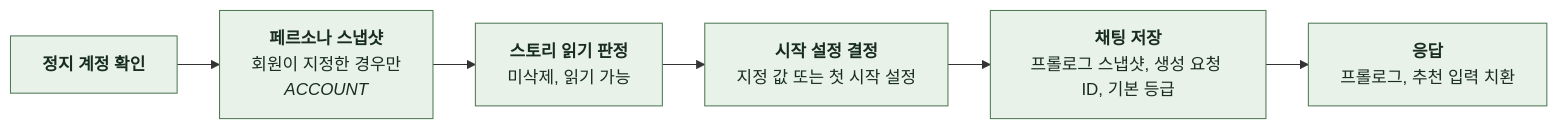
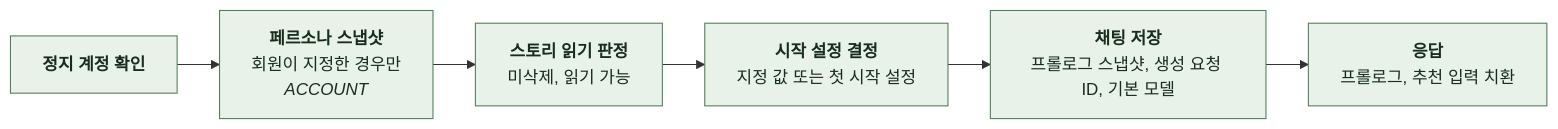
One commit to KIM-N-KANG/knk-harness changed the first of 15 diagrams in docs/domain/CHAT/BACKEND/4-1-PIPELINES.md. Above: the diagram before and after it, drawn with Mermaid. The commit also changed other lines of this file and 24 other files, not shown here.

````diff
--- a/docs/domain/CHAT/BACKEND/4-1-PIPELINES.md
+++ b/docs/domain/CHAT/BACKEND/4-1-PIPELINES.md
@@ -57,17 +57,17 @@
 ```mermaid
 %%{init: {"flowchart": {"curve": "basis", "nodeSpacing": 24, "rankSpacing": 40}}}%%
 flowchart LR
     A["`**정지 계정 확인**`"] --> B["`**페르소나 스냅샷**
 회원이 지정한 경우만
 *ACCOUNT*`"]
     B --> C["`**스토리 읽기 판정**
 미삭제, 읽기 가능`"]
     C --> D["`**시작 설정 결정**
 지정 값 또는 첫 시작 설정`"]
     D --> E["`**채팅 저장**
-프롤로그 스냅샷, 생성 요청 ID, 기본 등급`"]
+프롤로그 스냅샷, 생성 요청 ID, 기본 모델`"]
     E --> F["`**응답**
 프롤로그, 추천 입력 치환`"]
     classDef comp fill:#E8F2E8,stroke:#527A59,color:#182D1D
     class A,B,C,D,E,F comp
 ```
````
